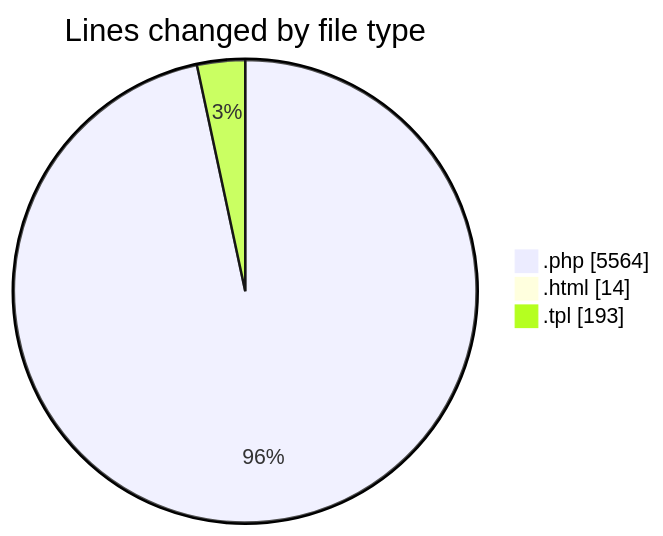
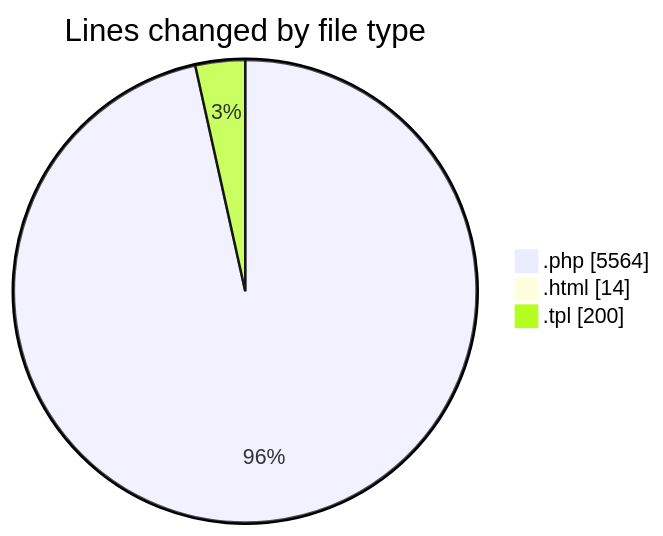
Before and after one commit to vahidmafi/code-tracking: the first of 2 diagrams in 2025-09-13/shop/README.md, drawn with Mermaid. The commit also changed other lines of this file and 1 other file, not shown here.

````diff
--- a/2025-09-13/shop/README.md
+++ b/2025-09-13/shop/README.md
@@ -25,7 +25,7 @@
 ```mermaid
 pie showData
 title Lines changed by file type
 ".php" : 5564
 ".html" : 14
-".tpl" : 193
+".tpl" : 200
 ```
````
